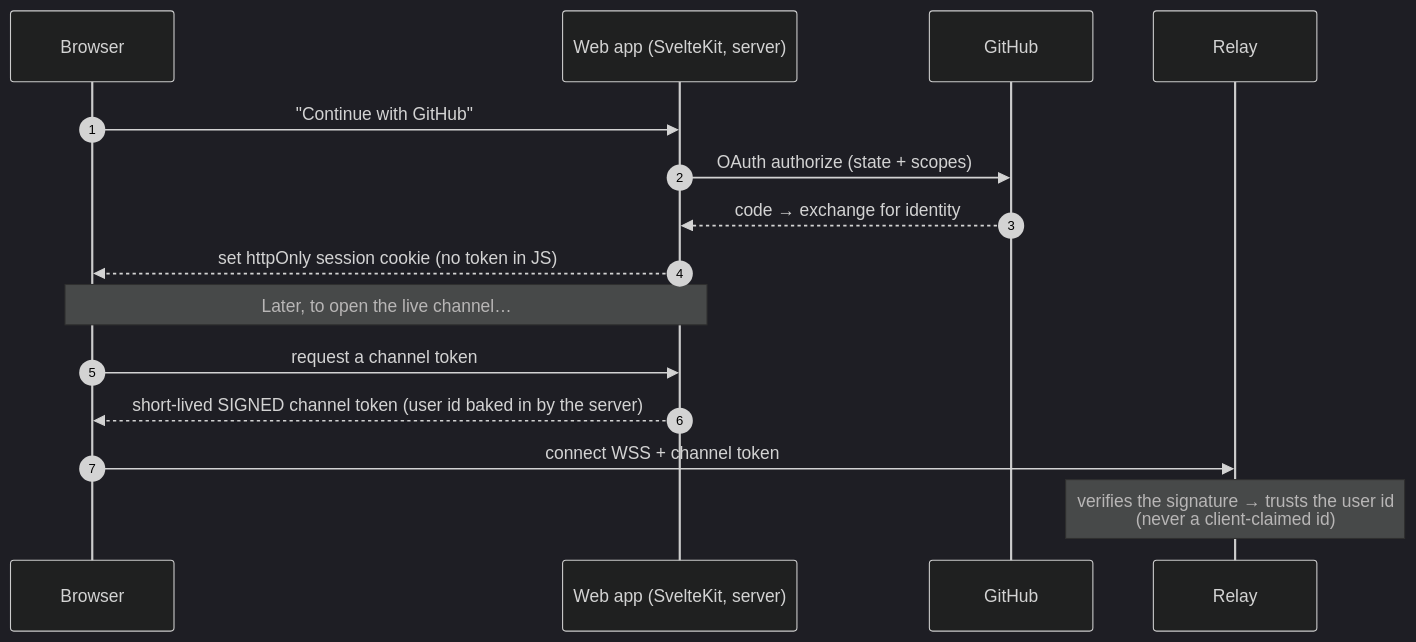
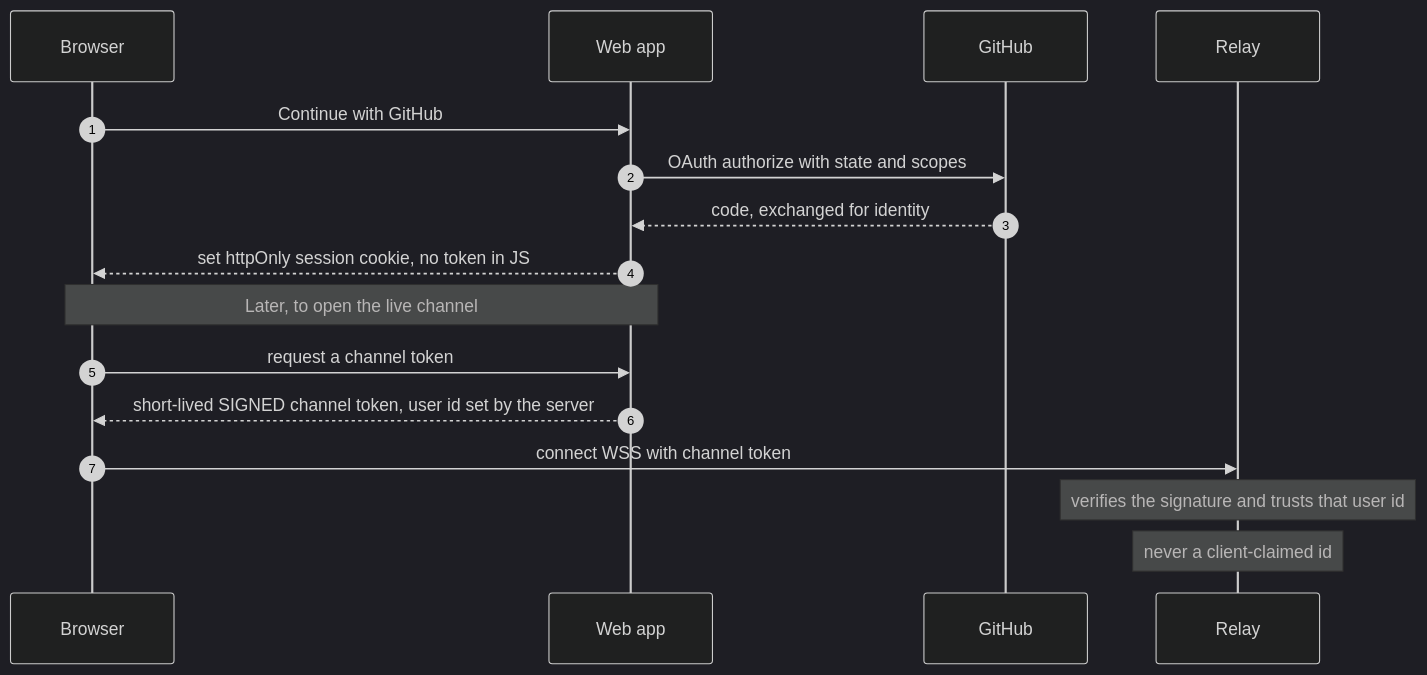
One commit to PouyanJay/telecode changed the third of 5 diagrams in docs/connecting-your-machine.md. Above: the diagram before and after it, drawn with Mermaid (dark theme). The commit also changed other lines of this file and 1 other file, not shown here.

First line of the commit message:
docs: fix Mermaid sequence diagrams so they render on GitHub

````diff
--- a/docs/connecting-your-machine.md
+++ b/docs/connecting-your-machine.md
@@ -67,19 +67,19 @@
 ```mermaid
 sequenceDiagram
     autonumber
     participant B as Browser
-    participant W as Web app (SvelteKit, server)
+    participant W as Web app
     participant GH as GitHub
     participant R as Relay
 
-    B->>W: "Continue with GitHub"
-    W->>GH: OAuth authorize (state + scopes)
-    GH-->>W: code → exchange for identity
-    W-->>B: set httpOnly session cookie (no token in JS)
-
-    Note over B,W: Later, to open the live channel…
+    B->>W: Continue with GitHub
+    W->>GH: OAuth authorize with state and scopes
+    GH-->>W: code, exchanged for identity
+    W-->>B: set httpOnly session cookie, no token in JS
+    Note over B,W: Later, to open the live channel
     B->>W: request a channel token
-    W-->>B: short-lived SIGNED channel token (user id baked in by the server)
-    B->>R: connect WSS + channel token
-    Note over R: verifies the signature → trusts the user id<br/>(never a client-claimed id)
+    W-->>B: short-lived SIGNED channel token, user id set by the server
+    B->>R: connect WSS with channel token
+    Note over R: verifies the signature and trusts that user id
+    Note over R: never a client-claimed id
 ```
````
